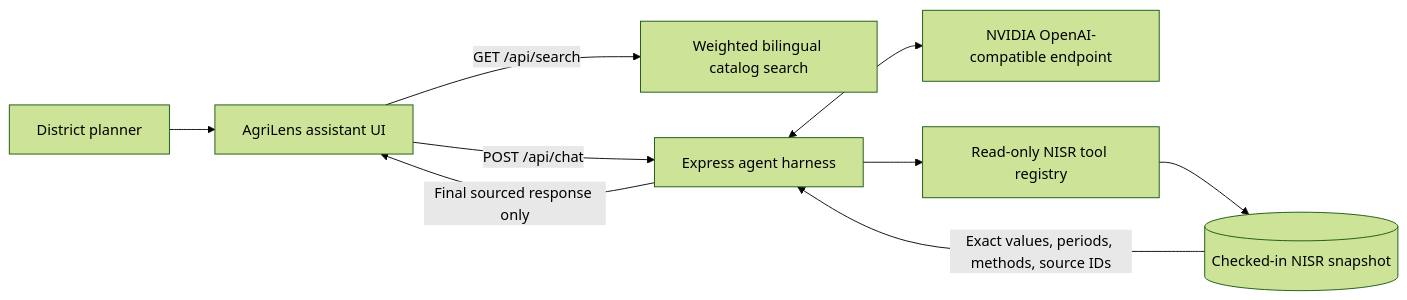
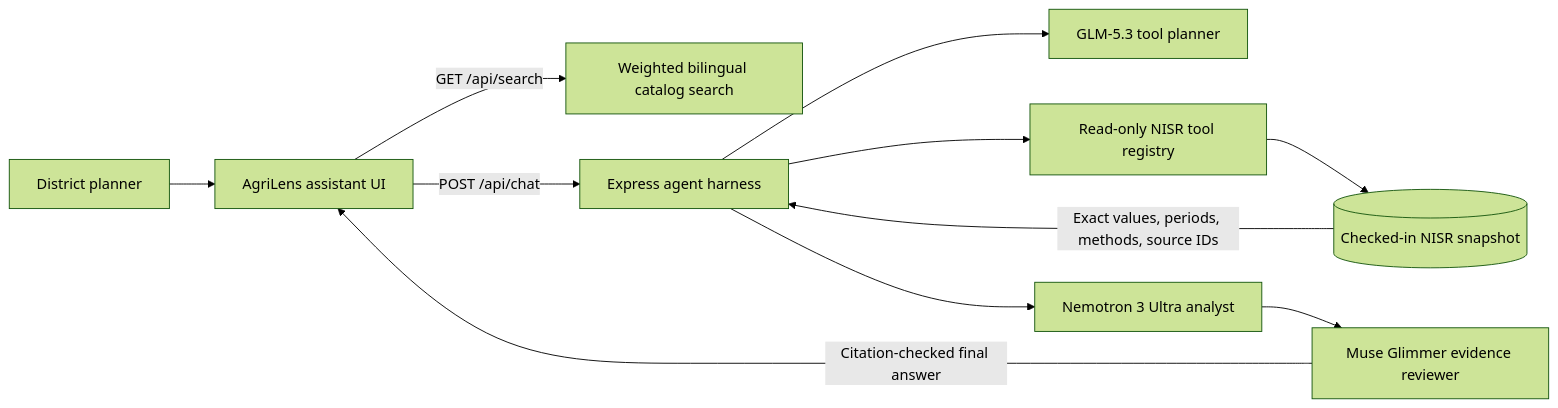
The diagram in docs/assistant-architecture.md (angelmichelle2026-del/agridatainnovator), drawn with Mermaid (forest theme) before and after one commit. The commit also changed other lines of this file and 5 other files, not shown here.

Commit message:
feat(assistant): coordinate NVIDIA model team with evidence review

````diff
--- a/docs/assistant-architecture.md
+++ b/docs/assistant-architecture.md
@@ -13,11 +13,13 @@
 ```mermaid
 flowchart LR
   P[District planner] --> UI[AgriLens assistant UI]
   UI -->|GET /api/search| S[Weighted bilingual catalog search]
   UI -->|POST /api/chat| H[Express agent harness]
-  H <--> N[NVIDIA OpenAI-compatible endpoint]
+  H --> G[GLM-5.3 tool planner]
   H --> T[Read-only NISR tool registry]
   T --> D[(Checked-in NISR snapshot)]
   D -->|Exact values, periods, methods, source IDs| H
-  H -->|Final sourced response only| UI
+  H --> U[Nemotron 3 Ultra analyst]
+  U --> M[Muse Glimmer evidence reviewer]
+  M -->|Citation-checked final answer| UI
 ```
````
